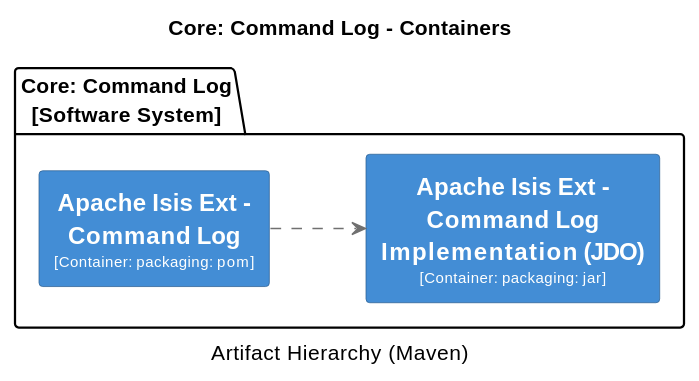
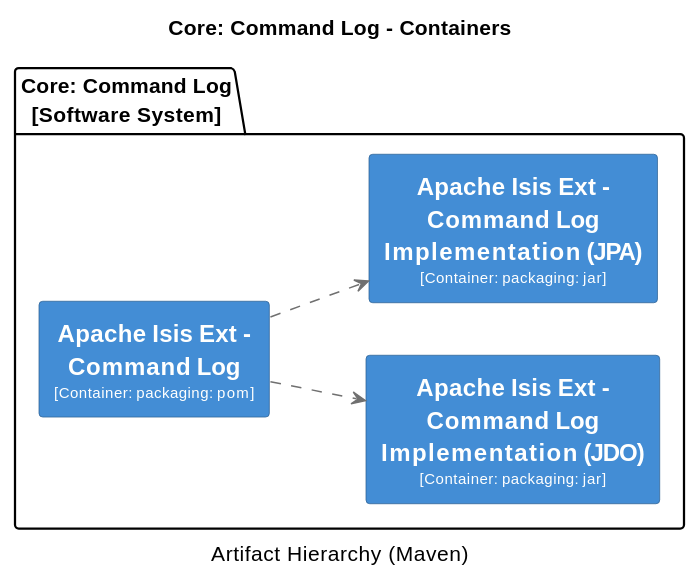
Before and after one commit to apache/causeway: diagram 25 of 38 in core/adoc/modules/_overview/pages/about.adoc, drawn with PlantUML. The commit also changed other lines of this file and 8 other files, not shown here.

```diff
--- a/core/adoc/modules/_overview/pages/about.adoc
+++ b/core/adoc/modules/_overview/pages/about.adoc
@@ -4430,32 +4424,39 @@
 [plantuml,Core: Command Log,svg]
 ----
 @startuml(id=Core:_Command_Log)
 title Core: Command Log - Containers
 caption Artifact Hierarchy (Maven)
 
 skinparam {
   shadowing false
   arrowFontSize 10
   defaultTextAlignment center
   wrapWidth 200
   maxMessageSize 100
 }
 hide stereotype
 left to right direction
 skinparam rectangle<<2>> {
   BackgroundColor #438dd5
   FontColor #fffffe
   BorderColor #2E6295
 }
 skinparam rectangle<<3>> {
   BackgroundColor #438dd5
   FontColor #fffffe
   BorderColor #2E6295
 }
+skinparam rectangle<<4>> {
+  BackgroundColor #438dd5
+  FontColor #fffffe
+  BorderColor #2E6295
+}
 package "Core: Command Log\n[Software System]" {
   rectangle "==Apache Isis Ext - Command Log\n<size:10>[Container: packaging: pom]</size>" <<2>> as 2
   rectangle "==Apache Isis Ext - Command Log Implementation (JDO)\n<size:10>[Container: packaging: jar]</size>" <<3>> as 3
+  rectangle "==Apache Isis Ext - Command Log Implementation (JPA)\n<size:10>[Container: packaging: jar]</size>" <<4>> as 4
 }
 2 .[#707070].> 3 : ""
+2 .[#707070].> 4 : ""
 @enduml
 ----
```
